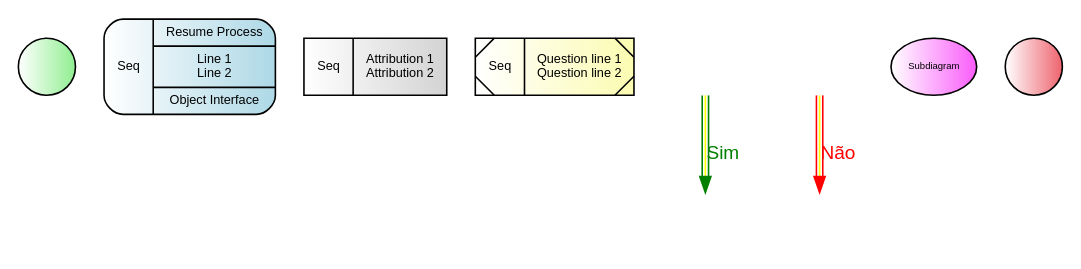
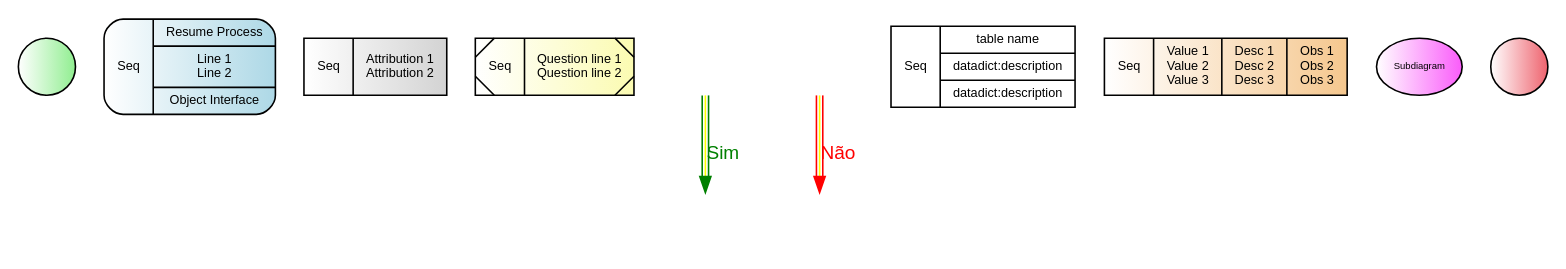
One commit to GiovaniPM/Graphs changed the diagram in Templates/templatejde.gv. Above: the diagram before and after it, drawn with Graphviz. The commit also changed 1 other file, not shown here.

```diff
--- a/Templates/templatejde.gv
+++ b/Templates/templatejde.gv
@@ -1,76 +1,92 @@
 digraph R {
     nodeini [
                 shape=circle,
                 style="filled",
                 fillcolor="white:lightgreen",
                 label=""
             ]
     node001 [
                 fontname = "Arial",
                 fontsize = 8,
                 shape=record,
                 style="rounded,filled",
                 fillcolor="white:lightblue"
                 label="Seq|{Resume Process|Line 1\nLine 2|Object Interface}"
             ]
     node002 [
                 fontname = "Arial",
                 fontsize = 8,
                 shape=record,
                 style="filled",
                 fillcolor="white:lightgray"
                 label="Seq|{Attribution 1\nAttribution 2}"
             ]
     node003 [
                 fontname = "Arial",
                 fontsize = 8,
                 shape=record,
                 style="diagonals,filled",
                 fillcolor="white:#fbfbb1"
                 label="Seq|{Question line 1\nQuestion line 2}"
             ]
     node004 [
                 fontname = "Arial",
                 fontsize = 8,
                 shape = none,
                 style=invisible
                 label=""
             ]
     node005 [
                 fontname = "Arial",
                 fontsize = 8,
                 shape = none,
                 style=invisible
                 label=""
             ]
     node006 [
                 fontname = "Arial",
                 fontsize = 8,
                 shape = none,
                 style=invisible
                 label=""
             ]
     node007 [
                 fontname = "Arial",
                 fontsize = 8,
                 shape = none,
                 style=invisible
                 label=""
             ]
+    node008 [
+                fontname = "Arial",
+                fontsize = 8,
+                shape=record,
+                style="none",
+                fillcolor="white"
+                label="Seq|{table name|<col1>datadict:description|<col2>datadict:description}"
+            ]
+    node009 [
+                fontname = "Arial",
+                fontsize = 8,
+                shape=record,
+                style="filled",
+                fillcolor="white:#f5c78e"
+                label="Seq|Value 1\nValue 2\nValue 3|Desc 1\nDesc 2\nDesc 3|Obs 1\nObs 2\nObs 3}"
+            ]
     nodeint [
                 fontname = "Arial",
                 fontsize = 6,
                 shape=ellipse,
                 style="filled",
                 fillcolor="white:#fa5cfa",
                 label="Subdiagram"
             ]
     nodefin [
                 shape=circle,
                 style="filled",
                 fillcolor="white:#ee636e",
                 label=""
             ]
     node004 -> node005 [fontname = "Arial", fontsize = 12, fontcolor="green", color="green:yellow:green", label="Sim"]
     node006 -> node007 [fontname = "Arial", fontsize = 12, fontcolor="red", color="red:yellow:red", label="Não"]
 }
```
